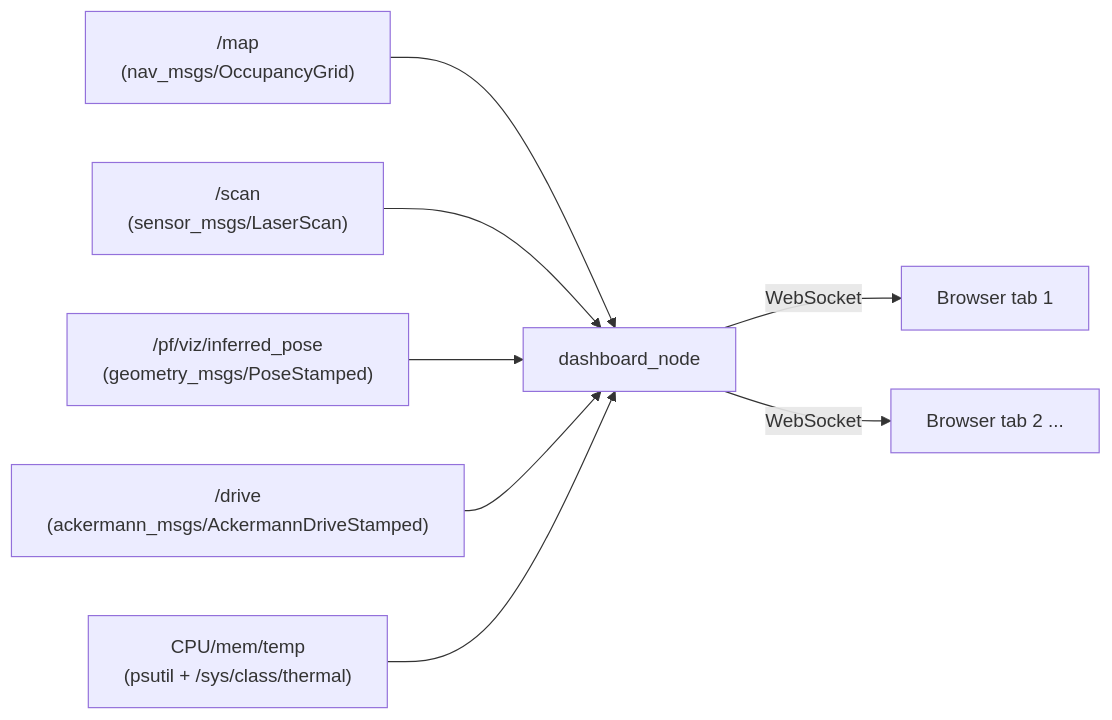
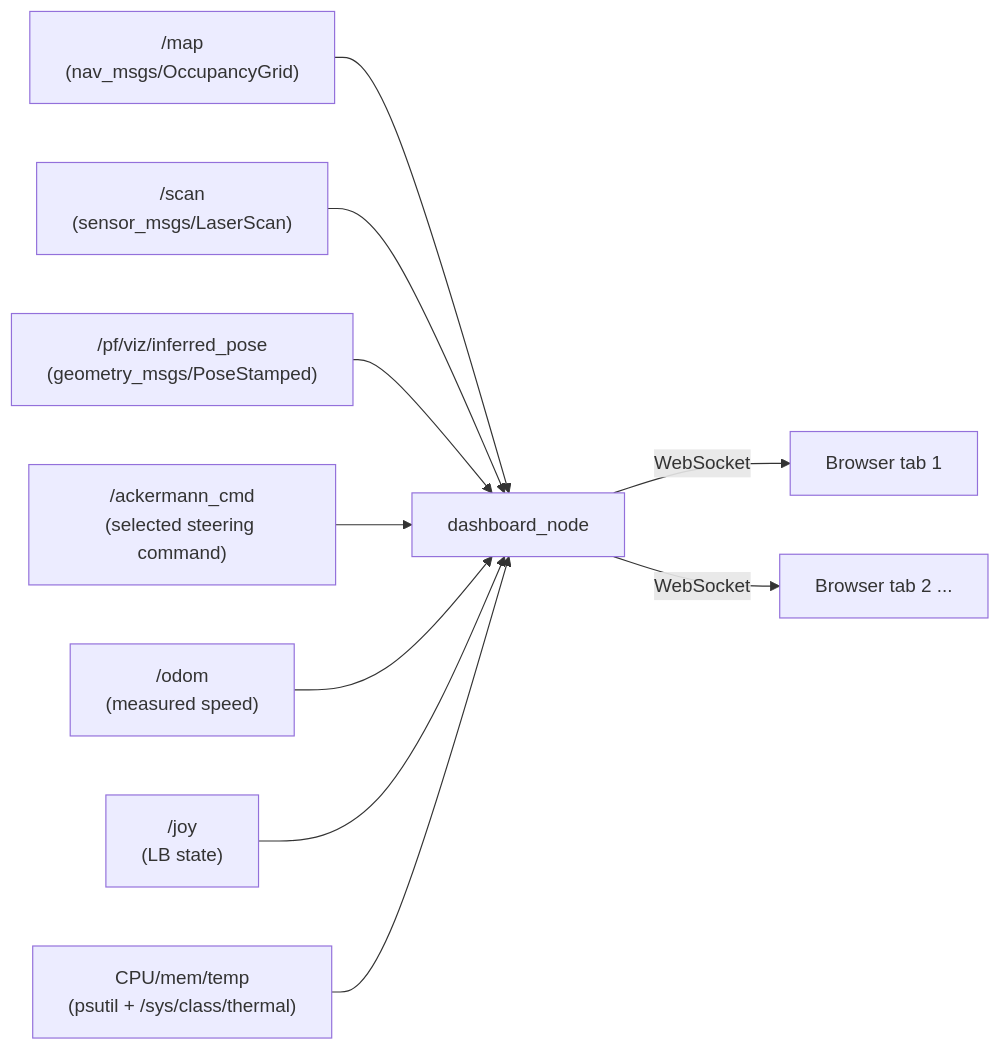
The diagram in docs/web-dashboard.md (sfu-racerbot/Racerbot-Car-2-Workspace), drawn with Mermaid before and after one commit. The commit also changed other lines of this file and 53 other files, not shown here.

````diff
--- a/docs/web-dashboard.md
+++ b/docs/web-dashboard.md
@@ -70,10 +72,12 @@
 ```mermaid
 flowchart LR
     M["/map\n(nav_msgs/OccupancyGrid)"] --> N[dashboard_node]
     S["/scan\n(sensor_msgs/LaserScan)"] --> N
     P["/pf/viz/inferred_pose\n(geometry_msgs/PoseStamped)"] --> N
-    D["/drive\n(ackermann_msgs/AckermannDriveStamped)"] --> N
+    D["/ackermann_cmd\n(selected steering command)"] --> N
+    O["/odom\n(measured speed)"] --> N
+    J["/joy\n(LB state)"] --> N
     T["CPU/mem/temp\n(psutil + /sys/class/thermal)"] --> N
     N -- WebSocket --> B1[Browser tab 1]
     N -- WebSocket --> B2[Browser tab 2 ...]
 ```
````
